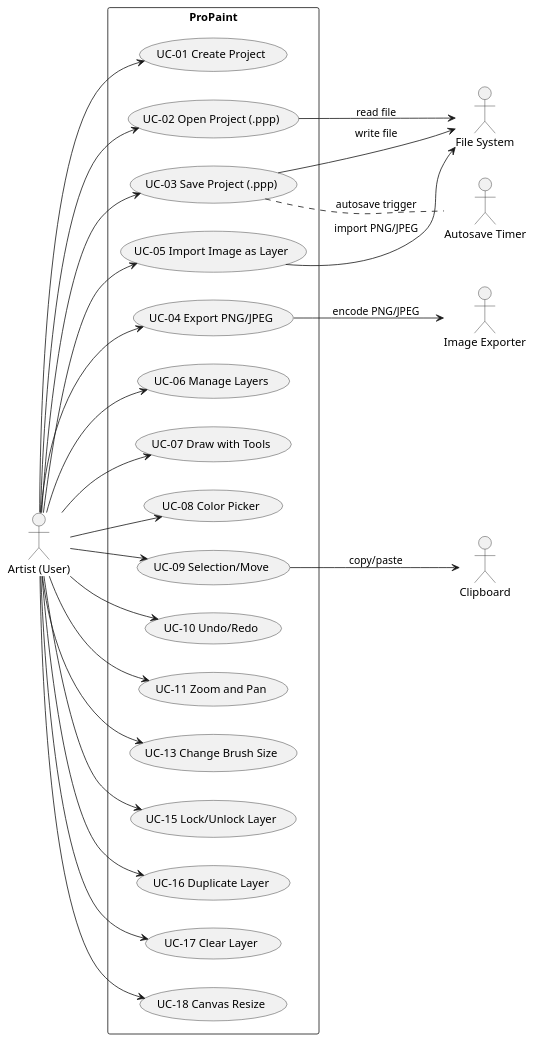
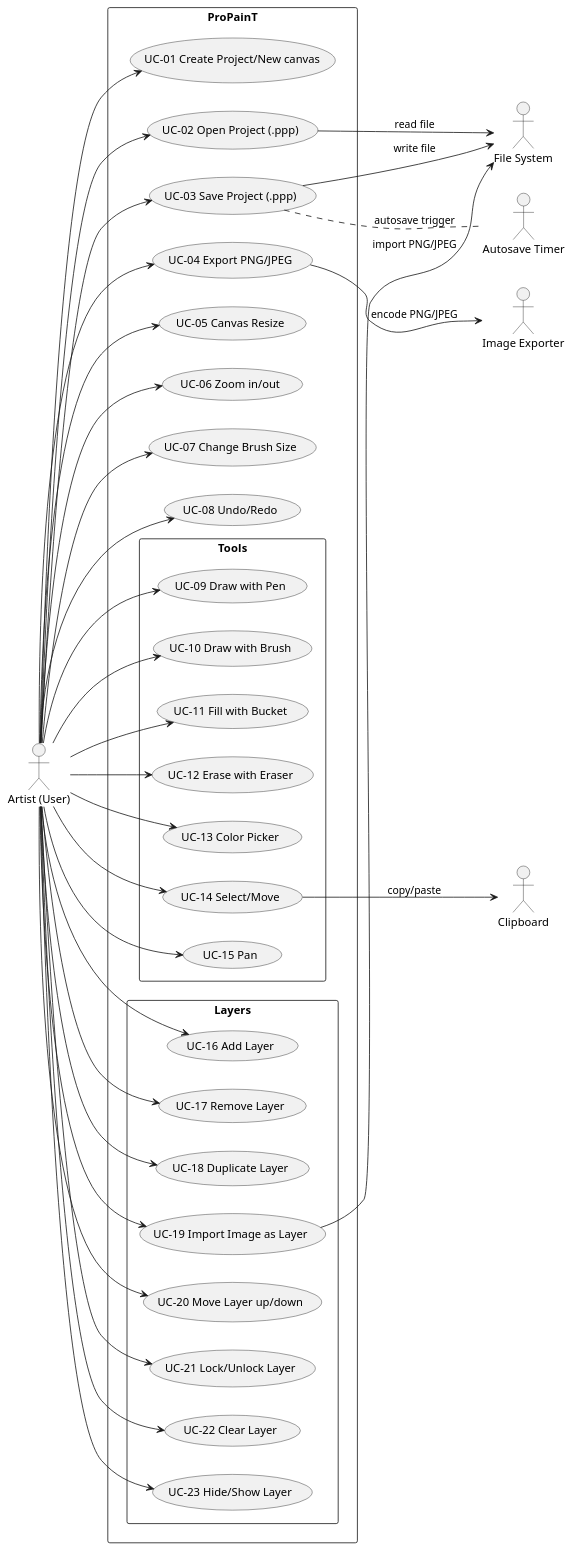
The diagram in docs/use-case.puml (redbeam/pro-pain-t), drawn with PlantUML before and after one commit. The commit also changed other lines of this file, not shown here.

Commit message:
feat: update use-case diagram TODO: update UC text file

```diff
--- a/docs/use-case.puml
+++ b/docs/use-case.puml
@@ -2,52 +1,70 @@
 @startuml
 left to right direction
 
 actor "Artist (User)" as User
 actor "File System" as FS
 actor "Image Exporter" as EXP
 actor "Autosave Timer" as TIMER
 actor Clipboard as CB
 
-rectangle ProPaint {
-  usecase "UC-01 Create Project" as UC01
+rectangle ProPainT {
+  usecase "UC-01 Create Project/New canvas" as UC01
   usecase "UC-02 Open Project (.ppp)" as UC02
   usecase "UC-03 Save Project (.ppp)" as UC03
   usecase "UC-04 Export PNG/JPEG" as UC04
-  usecase "UC-05 Import Image as Layer" as UC05
-  usecase "UC-06 Manage Layers" as UC06
-  usecase "UC-07 Draw with Tools" as UC07
-  usecase "UC-08 Color Picker" as UC08
-  usecase "UC-09 Selection/Move" as UC09
-  usecase "UC-10 Undo/Redo" as UC10
-  usecase "UC-11 Zoom and Pan" as UC11
-  usecase "UC-13 Change Brush Size" as UC13
-  usecase "UC-15 Lock/Unlock Layer" as UC15
-  usecase "UC-16 Duplicate Layer" as UC16
-  usecase "UC-17 Clear Layer" as UC17
-  usecase "UC-18 Canvas Resize" as UC18
+  usecase "UC-05 Canvas Resize" as UC05
+  usecase "UC-06 Zoom in/out" as UC06
+  usecase "UC-07 Change Brush Size" as UC07
+  usecase "UC-08 Undo/Redo" as UC08
+  rectangle Tools {
+      usecase "UC-09 Draw with Pen" as UC09
+      usecase "UC-10 Draw with Brush" as UC10
+      usecase "UC-11 Fill with Bucket" as UC11
+      usecase "UC-12 Erase with Eraser" as UC12
+      usecase "UC-13 Color Picker" as UC13
+      usecase "UC-14 Select/Move" as UC14
+      usecase "UC-15 Pan" as UC15
+  }
+  rectangle Layers {
+      usecase "UC-16 Add Layer" as UC16
+      usecase "UC-17 Remove Layer" as UC17
+      usecase "UC-18 Duplicate Layer" as UC18
+      usecase "UC-19 Import Image as Layer" as UC19
+      usecase "UC-20 Move Layer up/down" as UC20
+      usecase "UC-21 Lock/Unlock Layer" as UC21
+      usecase "UC-22 Clear Layer" as UC22
+      usecase "UC-23 Hide/Show Layer" as UC23
+  }
 }
 
 User --> UC01
 User --> UC02
 User --> UC03
 User --> UC04
 User --> UC05
 User --> UC06
 User --> UC07
 User --> UC08
 User --> UC09
 User --> UC10
 User --> UC11
+User --> UC12
 User --> UC13
+User --> UC14
 User --> UC15
 User --> UC16
 User --> UC17
 User --> UC18
+User --> UC19
+User --> UC20
+User --> UC21
+User --> UC22
+User --> UC23
 
 UC02 --> FS : read file
 UC03 --> FS : write file
 UC04 --> EXP : encode PNG/JPEG
-UC05 --> FS : import PNG/JPEG
+UC19 --> FS : import PNG/JPEG
 UC03 .. TIMER : autosave trigger
-UC09 --> CB : copy/paste
+UC14 --> CB : copy/paste
 @enduml
```
